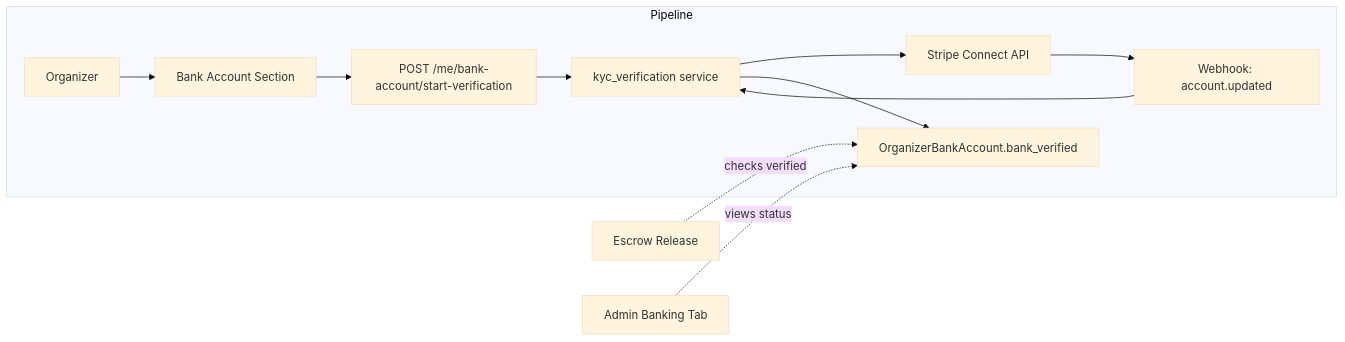
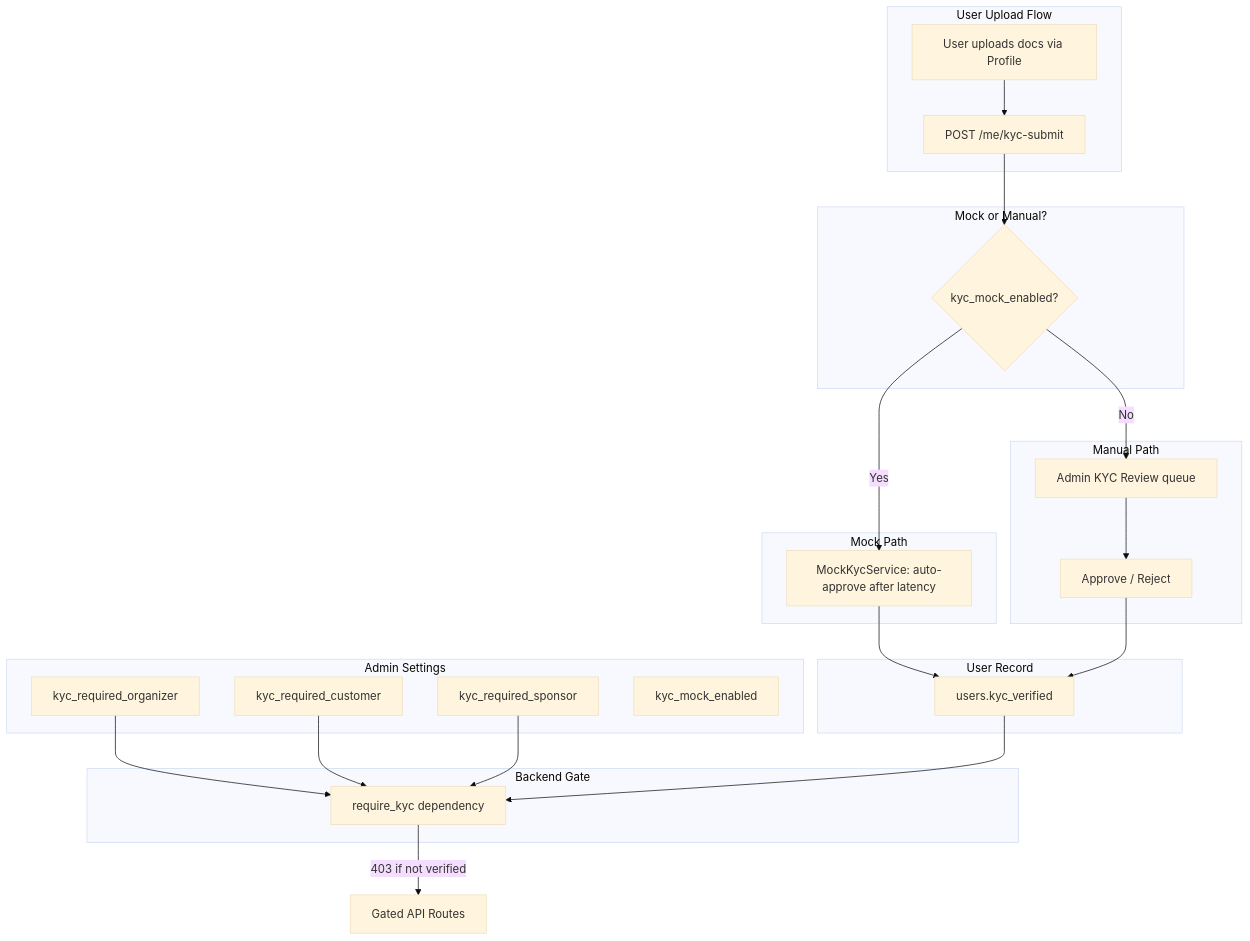
Before and after one commit to ShafkatWaheed/Crowd-Funding-Event: the diagram in feature_imp/52-kyc-aml-verification.md, drawn with Mermaid (base theme). The commit also changed other lines of this file and 38 other files, not shown here.

First line of the commit message:
Add escrow bank guard and refund retry features

````diff
--- a/feature_imp/52-kyc-aml-verification.md
+++ b/feature_imp/52-kyc-aml-verification.md
@@ -44,16 +72,38 @@
 ```mermaid
-flowchart LR
-  subgraph pipeline [Pipeline]
-    A[Organizer]
-    B[Bank Account Section]
-    C["POST /me/bank-account/start-verification"]
-    D[kyc_verification service]
-    E[Stripe Connect API]
-    F[Webhook: account.updated]
-    G[OrganizerBankAccount.bank_verified]
+flowchart TD
+  subgraph admin_settings [Admin Settings]
+    T1[kyc_required_organizer]
+    T2[kyc_required_customer]
+    T3[kyc_required_sponsor]
+    T4[kyc_mock_enabled]
   end
-  Escrow[Escrow Release] -.->|"checks verified"| G
-  Admin[Admin Banking Tab] -.->|"views status"| G
-  A --> B --> C --> D --> E
-  E --> F --> D --> G
+  subgraph user_flow [User Upload Flow]
+    U1["User uploads docs via Profile"]
+    U2["POST /me/kyc-submit"]
+  end
+  subgraph mock_decision [Mock or Manual?]
+    MD{kyc_mock_enabled?}
+  end
+  subgraph mock_path [Mock Path]
+    MA["MockKycService: auto-approve after latency"]
+  end
+  subgraph manual_path [Manual Path]
+    MR["Admin KYC Review queue"]
+    MR --> AP["Approve / Reject"]
+  end
+  subgraph result [User Record]
+    KV[users.kyc_verified]
+  end
+  subgraph gate [Backend Gate]
+    G["require_kyc dependency"]
+  end
+  U1 --> U2 --> MD
+  MD -->|Yes| MA --> KV
+  MD -->|No| MR
+  AP --> KV
+  T1 --> G
+  T2 --> G
+  T3 --> G
+  KV --> G
+  G -->|"403 if not verified"| API[Gated API Routes]
 ```
````
